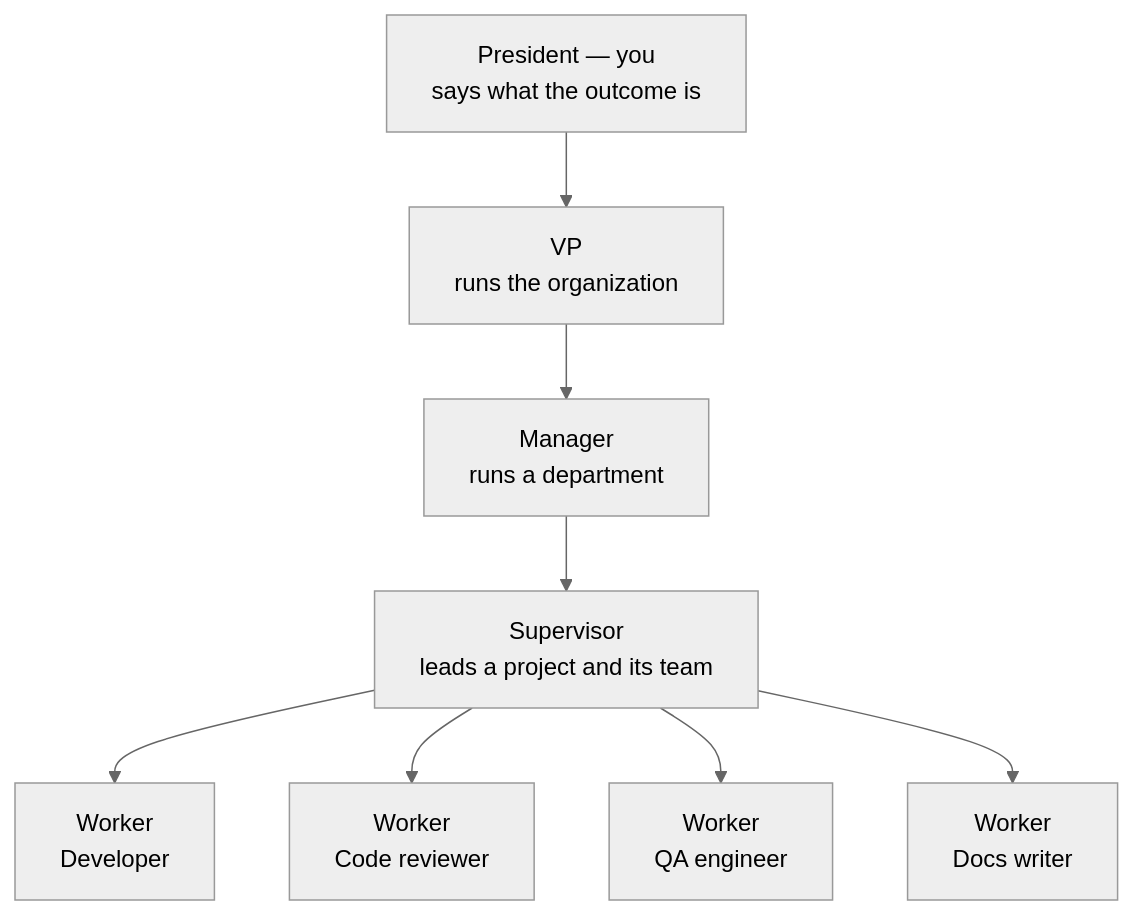
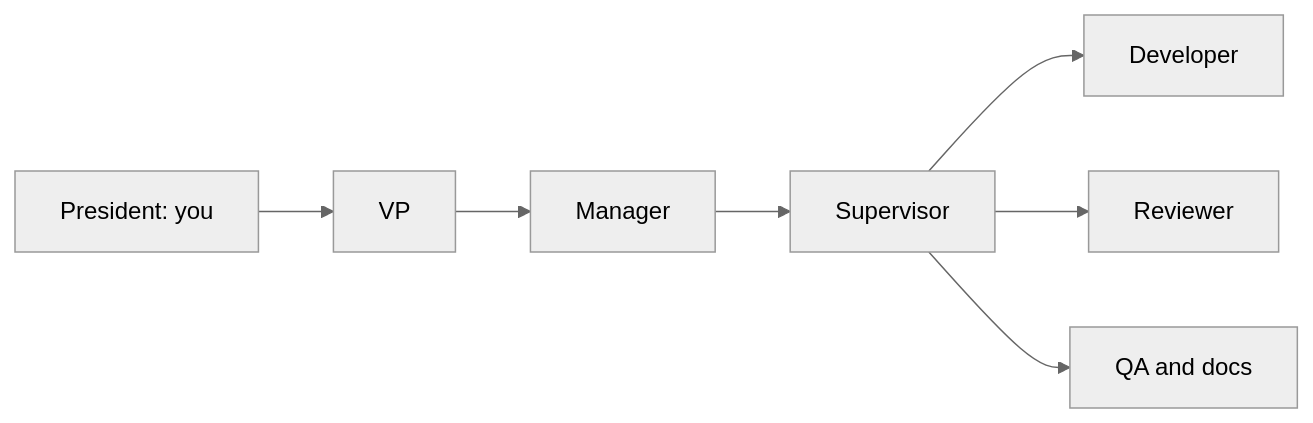
The diagram in README.md (Seckcey/plenipo), drawn with Mermaid (neutral theme) before and after one commit. The commit also changed other lines of this file and 15 other files, not shown here.

````diff
--- a/README.md
+++ b/README.md
@@ -102,10 +97,9 @@
 ```mermaid
-flowchart TD
-    P["President — you<br/>says what the outcome is"] --> VP["VP<br/>runs the organization"]
-    VP --> M["Manager<br/>runs a department"]
-    M --> S["Supervisor<br/>leads a project and its team"]
-    S --> W1["Worker<br/>Developer"]
-    S --> W2["Worker<br/>Code reviewer"]
-    S --> W3["Worker<br/>QA engineer"]
-    S --> W4["Worker<br/>Docs writer"]
+flowchart LR
+    P["President: you"] --> VP["VP"]
+    VP --> M["Manager"]
+    M --> S["Supervisor"]
+    S --> D["Developer"]
+    S --> R["Reviewer"]
+    S --> Q["QA and docs"]
 ```
````
